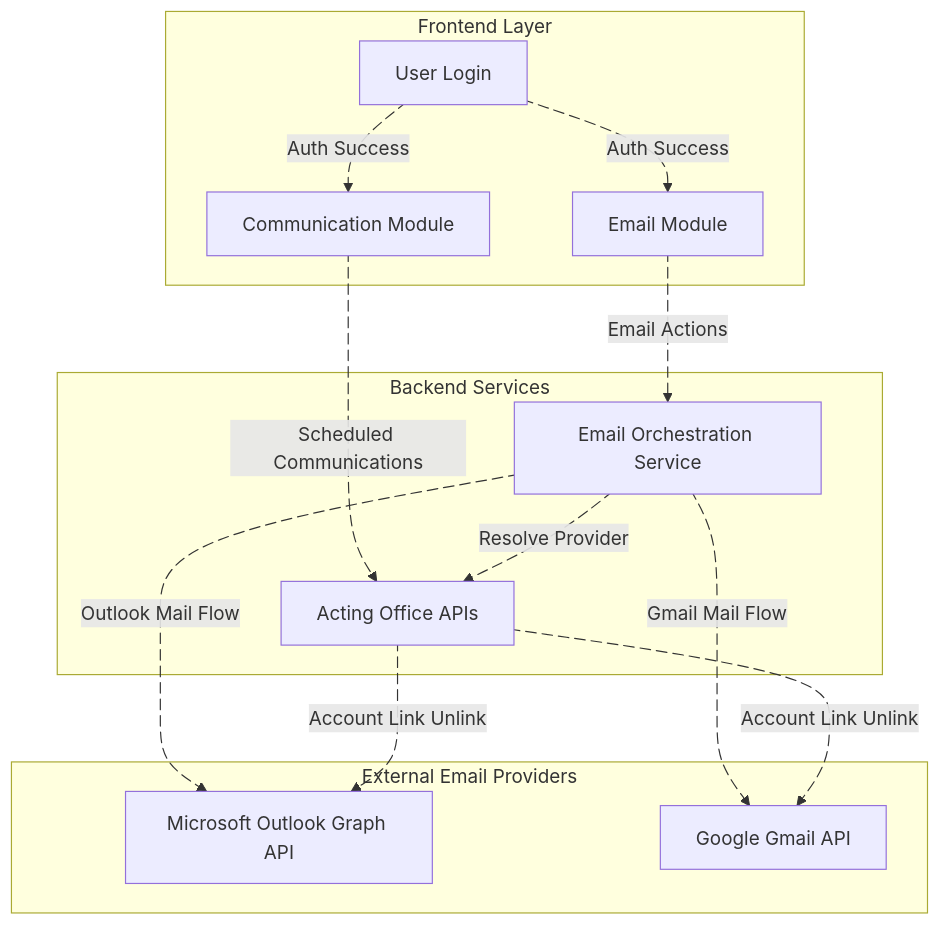
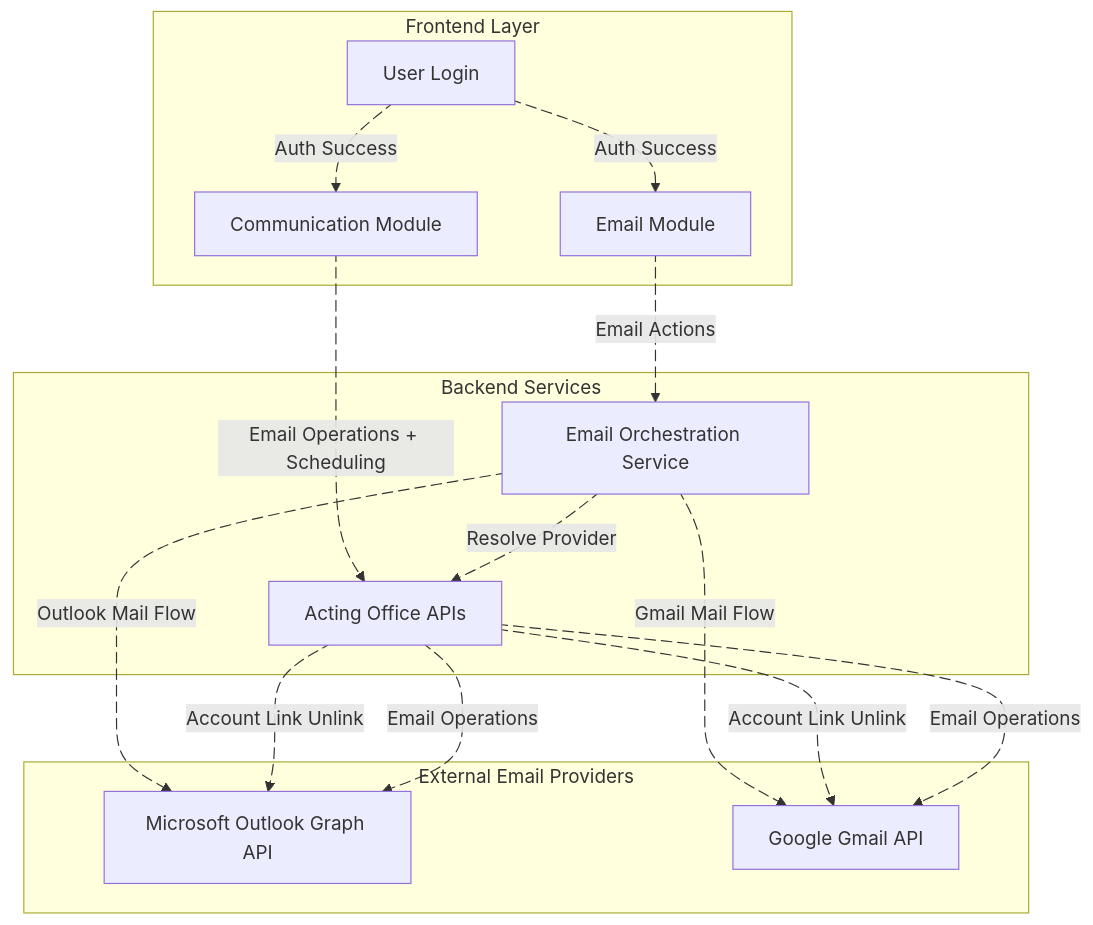
The first of 13 diagrams in overAll.md (Harshita-capsitech/EmailDocs), drawn with Mermaid before and after one commit. The commit also changed other lines of this file, not shown here.

````diff
--- a/overAll.md
+++ b/overAll.md
@@ -24,42 +55,46 @@
 ```mermaid
 graph TB
     subgraph "Frontend Layer"
         A[User Login]
         B[Email Module]
         C[Communication Module]
     end
 
     subgraph "Backend Services"
         D[Acting Office APIs]
         E[Email Orchestration Service]
     end
 
     subgraph "External Email Providers"
         F[Microsoft Outlook Graph API]
         G[Google Gmail API]
     end
 
     A edge1@-->|Auth Success| B
     A edge2@-->|Auth Success| C
 
     B edge3@-->|Email Actions| E
-    C edge4@-->|Scheduled Communications| D
+    C edge4@-->|Email Operations + Scheduling| D
 
     E edge5@-->|Resolve Provider| D
     E edge6@-->|Outlook Mail Flow| F
     E edge7@-->|Gmail Mail Flow| G
 
     D edge8@-->|Account Link Unlink| F
     D edge9@-->|Account Link Unlink| G
+    D edge10@-->|Email Operations| F
+    D edge11@-->|Email Operations| G
 
     edge1@{ animate: fast }
     edge2@{ animate: fast }
     edge3@{ animate: fast }
     edge4@{ animate: fast }
     edge5@{ animate: fast }
     edge6@{ animate: fast }
     edge7@{ animate: fast }
     edge8@{ animate: fast }
     edge9@{ animate: fast }
+    edge10@{ animate: fast }
+    edge11@{ animate: fast }
 
 ```
````
